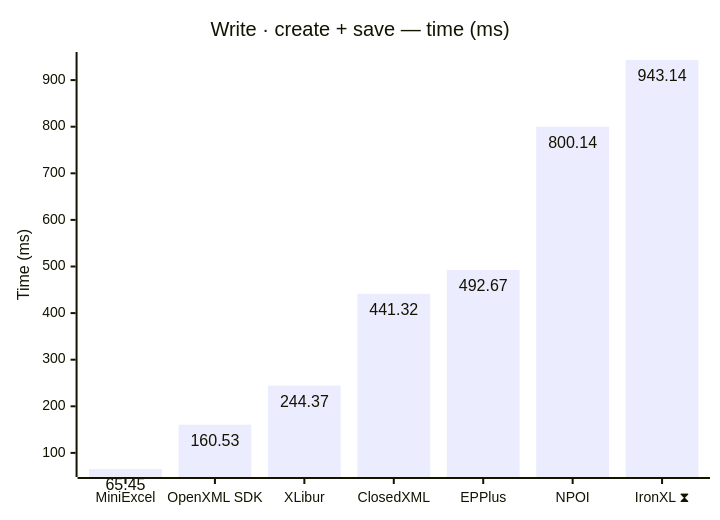
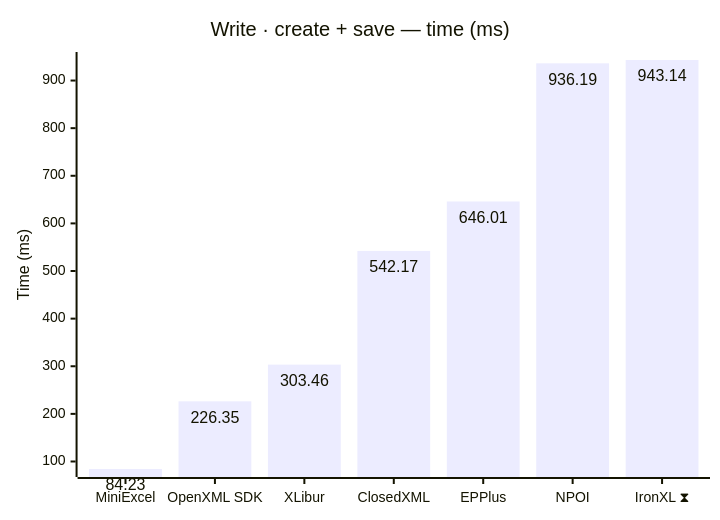
Before and after one commit to jafin/XLBench: the fifth of 12 diagrams in docs/results-ci.md, drawn with Mermaid. The commit also changed other lines of this file, not shown here.

````diff
--- a/docs/results-ci.md
+++ b/docs/results-ci.md
@@ -93,12 +93,12 @@
 ```mermaid
 ---
 config:
   xyChart:
     showDataLabel: true
 ---
 xychart-beta
     title "Write · create + save — time (ms)"
     x-axis ["MiniExcel", "OpenXML SDK", "XLibur", "ClosedXML", "EPPlus", "NPOI", "IronXL ⧗"]
     y-axis "Time (ms)"
-    bar [65.45, 160.53, 244.37, 441.32, 492.67, 800.14, 943.14]
+    bar [84.23, 226.35, 303.46, 542.17, 646.01, 936.19, 943.14]
 ```
````
